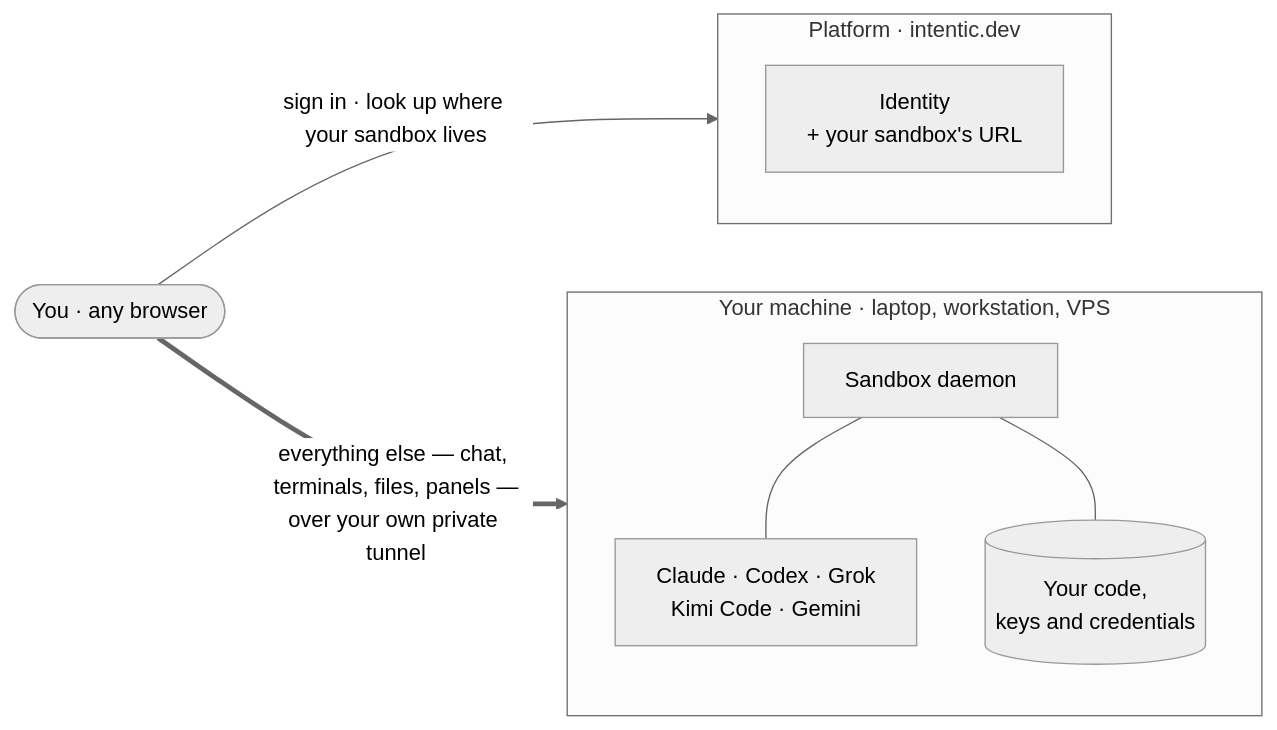
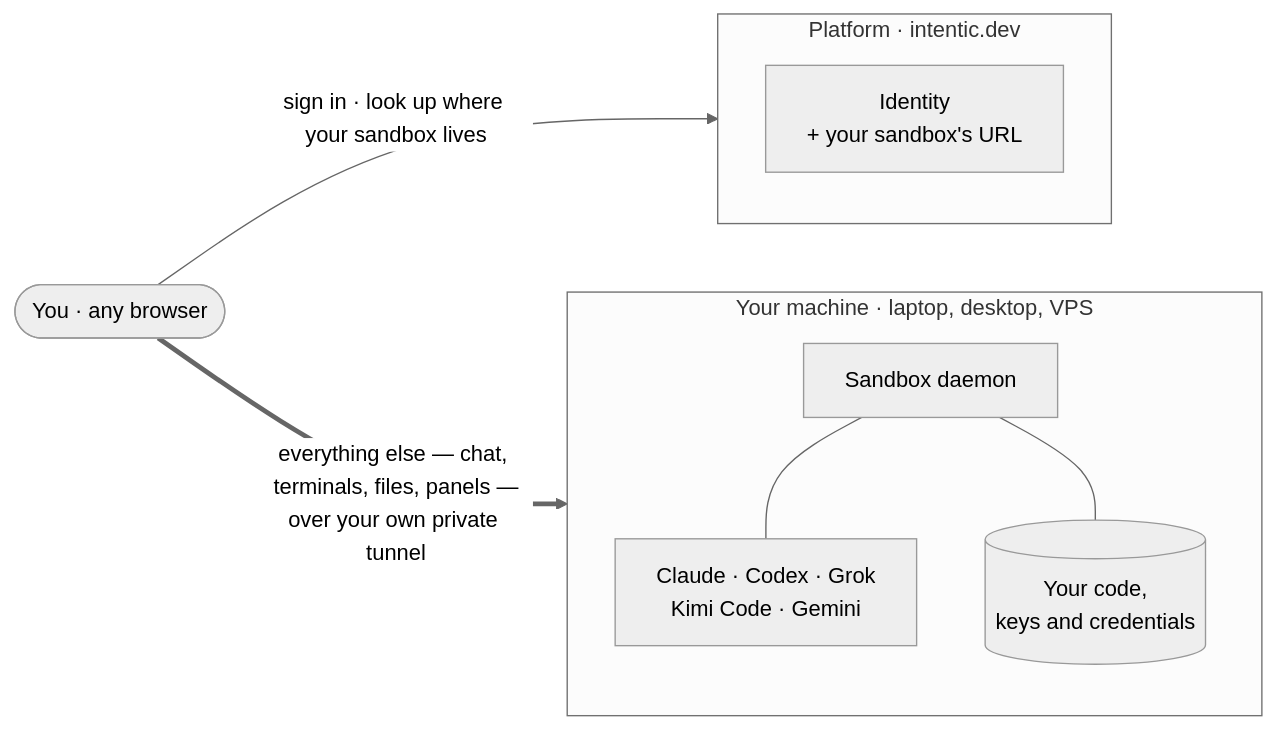
The diagram in README.md (intentic/intentic), drawn with Mermaid (neutral theme) before and after one commit. The commit also changed other lines of this file and 14 other files, not shown here.

````diff
--- a/README.md
+++ b/README.md
@@ -139,19 +139,19 @@
 ```mermaid
 flowchart LR
     you(["You · any browser"])
 
     subgraph platform["Platform · intentic.dev"]
         id["Identity<br/>+ your sandbox's URL"]
     end
 
-    subgraph yours["Your machine · laptop, workstation, VPS"]
+    subgraph yours["Your machine · laptop, desktop, VPS"]
         daemon["Sandbox daemon"]
         agents["Claude · Codex · Grok<br/>Kimi Code · Gemini"]
         code[("Your code,<br/>keys and credentials")]
         daemon --- agents
         daemon --- code
     end
 
     you -->|"sign in · look up where your sandbox lives"| platform
     you ==>|"everything else — chat, terminals, files, panels —<br/>over your own private tunnel"| yours
 ```
````
